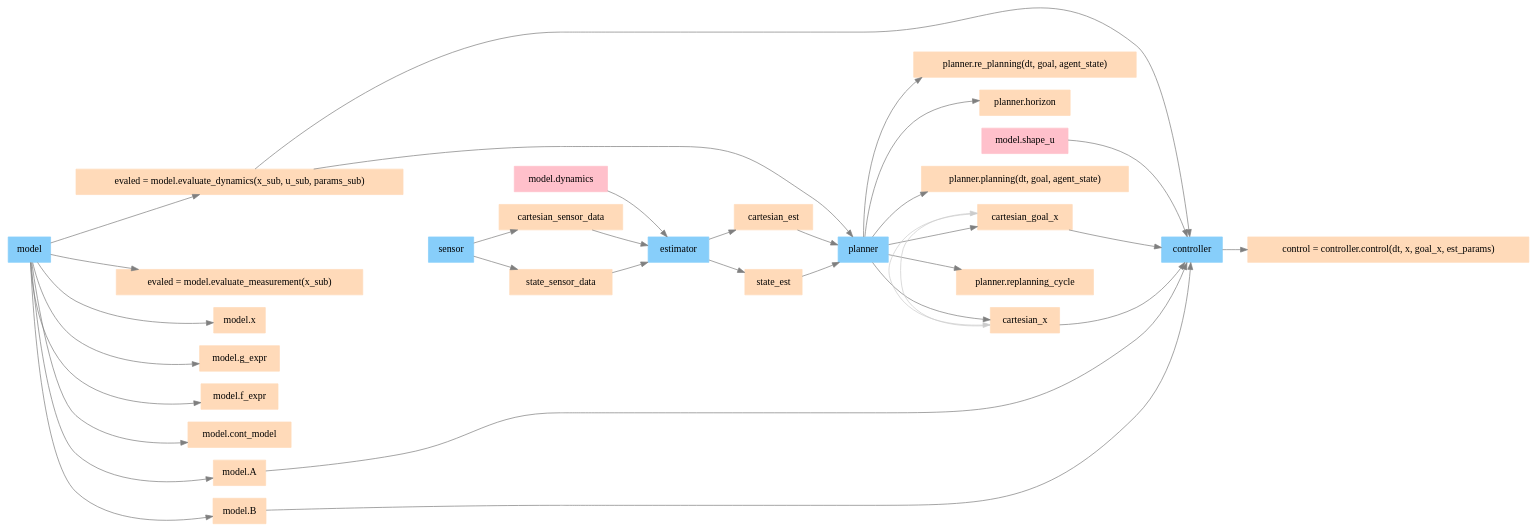
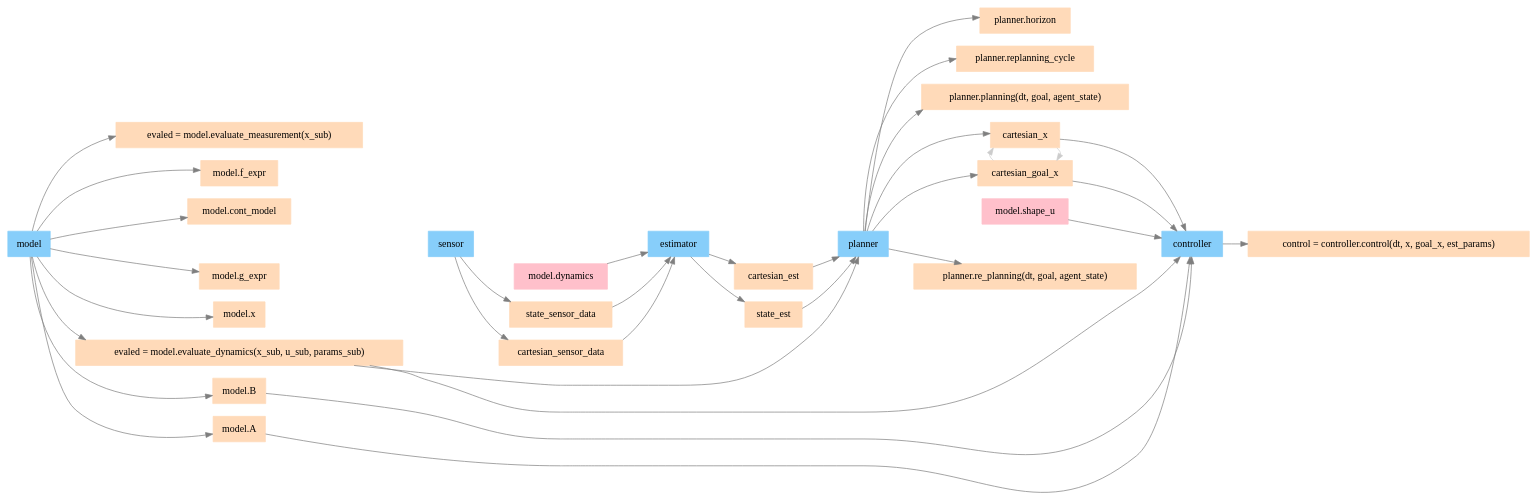
The diagram in img/deps.gv (intelligent-control-lab/Composable_Agent_Toolbox), drawn with Graphviz before and after one commit. The commit also changed other lines of this file and 3 other files, not shown here.

```diff
--- a/img/deps.gv
+++ b/img/deps.gv
@@ -1,120 +1,120 @@
 digraph G {
 	compound=true rankdir=LR
+	estimator [color=lightskyblue fillcolor=lightskyblue shape=box style=filled]
 	model [color=lightskyblue fillcolor=lightskyblue shape=box style=filled]
 	sensor [color=lightskyblue fillcolor=lightskyblue shape=box style=filled]
 	controller [color=lightskyblue fillcolor=lightskyblue shape=box style=filled]
 	planner [color=lightskyblue fillcolor=lightskyblue shape=box style=filled]
-	estimator [color=lightskyblue fillcolor=lightskyblue shape=box style=filled]
+	"model.g_expr" [color=peachpuff fillcolor=peachpuff shape=box style=filled]
+	"model.dynamics" [color=peachpuff fillcolor=peachpuff shape=box style=filled]
+	"planner.re_planning(dt, goal, agent_state)" [color=peachpuff fillcolor=peachpuff shape=box style=filled]
+	"planner.horizon" [color=peachpuff fillcolor=peachpuff shape=box style=filled]
+	"model.x" [color=peachpuff fillcolor=peachpuff shape=box style=filled]
+	"planner.replanning_cycle" [color=peachpuff fillcolor=peachpuff shape=box style=filled]
 	"evaled = model.evaluate_dynamics(x_sub, u_sub, params_sub)" [color=peachpuff fillcolor=peachpuff shape=box style=filled]
+	"control = controller.control(dt, x, goal_x, est_params)" [color=peachpuff fillcolor=peachpuff shape=box style=filled]
+	state_sensor_data [color=peachpuff fillcolor=peachpuff shape=box style=filled]
+	cartesian_est [color=peachpuff fillcolor=peachpuff shape=box style=filled]
+	cartesian_sensor_data [color=peachpuff fillcolor=peachpuff shape=box style=filled]
+	state_est [color=peachpuff fillcolor=peachpuff shape=box style=filled]
+	"model.shape_u" [color=peachpuff fillcolor=peachpuff shape=box style=filled]
 	"evaled = model.evaluate_measurement(x_sub)" [color=peachpuff fillcolor=peachpuff shape=box style=filled]
-	"planner.replanning_cycle" [color=peachpuff fillcolor=peachpuff shape=box style=filled]
-	"model.shape_u" [color=peachpuff fillcolor=peachpuff shape=box style=filled]
-	state_sensor_data [color=peachpuff fillcolor=peachpuff shape=box style=filled]
-	"planner.re_planning(dt, goal, agent_state)" [color=peachpuff fillcolor=peachpuff shape=box style=filled]
-	"model.x" [color=peachpuff fillcolor=peachpuff shape=box style=filled]
-	state_est [color=peachpuff fillcolor=peachpuff shape=box style=filled]
-	"model.g_expr" [color=peachpuff fillcolor=peachpuff shape=box style=filled]
-	"model.A" [color=peachpuff fillcolor=peachpuff shape=box style=filled]
-	"planner.horizon" [color=peachpuff fillcolor=peachpuff shape=box style=filled]
-	"model.f_expr" [color=peachpuff fillcolor=peachpuff shape=box style=filled]
-	cartesian_x [color=peachpuff fillcolor=peachpuff shape=box style=filled]
-	"control = controller.control(dt, x, goal_x, est_params)" [color=peachpuff fillcolor=peachpuff shape=box style=filled]
-	"model.dynamics" [color=peachpuff fillcolor=peachpuff shape=box style=filled]
-	"model.B" [color=peachpuff fillcolor=peachpuff shape=box style=filled]
-	"model.cont_model" [color=peachpuff fillcolor=peachpuff shape=box style=filled]
 	"planner.planning(dt, goal, agent_state)" [color=peachpuff fillcolor=peachpuff shape=box style=filled]
 	cartesian_goal_x [color=peachpuff fillcolor=peachpuff shape=box style=filled]
-	cartesian_sensor_data [color=peachpuff fillcolor=peachpuff shape=box style=filled]
-	cartesian_est [color=peachpuff fillcolor=peachpuff shape=box style=filled]
+	cartesian_x [color=peachpuff fillcolor=peachpuff shape=box style=filled]
+	"model.f_expr" [color=peachpuff fillcolor=peachpuff shape=box style=filled]
+	"model.cont_model" [color=peachpuff fillcolor=peachpuff shape=box style=filled]
+	"model.B" [color=peachpuff fillcolor=peachpuff shape=box style=filled]
+	"model.A" [color=peachpuff fillcolor=peachpuff shape=box style=filled]
+	"model.dynamics" [color=pink fillcolor=pink shape=box style=filled]
 	"model.shape_u" [color=pink fillcolor=pink shape=box style=filled]
-	"model.dynamics" [color=pink fillcolor=pink shape=box style=filled]
 	cartesian_x -> controller [color=gray50]
 	cartesian_goal_x -> controller [color=gray50]
 	"model.shape_u" -> controller [color=gray50]
 	"model.A" -> controller [color=gray50]
 	"model.B" -> controller [color=gray50]
 	"evaled = model.evaluate_dynamics(x_sub, u_sub, params_sub)" -> controller [color=gray50]
 	"evaled = model.evaluate_dynamics(x_sub, u_sub, params_sub)" -> planner [color=gray50]
 	controller -> "control = controller.control(dt, x, goal_x, est_params)" [color=gray50]
 	model -> "model.x" [color=gray50]
 	model -> "model.A" [color=gray50]
 	model -> "model.B" [color=gray50]
 	model -> "model.f_expr" [color=gray50]
 	model -> "model.g_expr" [color=gray50]
 	model -> "model.cont_model" [color=gray50]
 	model -> "evaled = model.evaluate_dynamics(x_sub, u_sub, params_sub)" [color=gray50]
 	model -> "evaled = model.evaluate_measurement(x_sub)" [color=gray50]
 	state_sensor_data -> estimator [color=gray50]
 	cartesian_sensor_data -> estimator [color=gray50]
 	"model.dynamics" -> estimator [color=gray50]
 	estimator -> cartesian_est [color=gray50]
 	estimator -> state_est [color=gray50]
 	sensor -> state_sensor_data [color=gray50]
 	sensor -> cartesian_sensor_data [color=gray50]
 	cartesian_est -> planner [color=gray50]
 	state_est -> planner [color=gray50]
 	planner -> cartesian_x [color=gray50]
 	planner -> cartesian_goal_x [color=gray50]
 	planner -> "planner.horizon" [color=gray50]
 	planner -> "planner.replanning_cycle" [color=gray50]
 	planner -> "planner.planning(dt, goal, agent_state)" [color=gray50]
 	planner -> "planner.re_planning(dt, goal, agent_state)" [color=gray50]
 	cartesian_x -> cartesian_goal_x [color=gray80 weight=100]
 	cartesian_goal_x -> cartesian_x [color=gray80 weight=100]
 	model -> sensor [style=invis weight=1000]
 	sensor -> estimator [style=invis weight=1000]
 	estimator -> planner [style=invis weight=1000]
 	planner -> controller [style=invis weight=1000]
 	"model.x" -> sensor [style=invis]
 	"model.A" -> sensor [style=invis]
 	"model.B" -> sensor [style=invis]
 	"model.f_expr" -> sensor [style=invis]
 	"model.g_expr" -> sensor [style=invis]
 	"model.cont_model" -> sensor [style=invis]
 	"evaled = model.evaluate_dynamics(x_sub, u_sub, params_sub)" -> sensor [style=invis]
 	"evaled = model.evaluate_measurement(x_sub)" -> sensor [style=invis]
 	state_sensor_data -> estimator [style=invis]
 	cartesian_sensor_data -> estimator [style=invis]
 	cartesian_est -> planner [style=invis]
 	state_est -> planner [style=invis]
 	cartesian_x -> controller [style=invis]
 	cartesian_goal_x -> controller [style=invis]
 	"planner.horizon" -> controller [style=invis]
 	"planner.replanning_cycle" -> controller [style=invis]
 	"planner.planning(dt, goal, agent_state)" -> controller [style=invis]
 	"planner.re_planning(dt, goal, agent_state)" -> controller [style=invis]
 	{
 		rank=same
 		"model.x"
 		"model.A"
 		"model.B"
 		"model.f_expr"
 		"model.g_expr"
 		"model.cont_model"
 		"evaled = model.evaluate_dynamics(x_sub, u_sub, params_sub)"
 		"evaled = model.evaluate_measurement(x_sub)"
 	}
 	{
 		rank=same
 		state_sensor_data
 		cartesian_sensor_data
 	}
 	{
 		rank=same
 		cartesian_est
 		state_est
 	}
 	{
 		rank=same
 		cartesian_x
 		cartesian_goal_x
 		"planner.horizon"
 		"planner.replanning_cycle"
 		"planner.planning(dt, goal, agent_state)"
 		"planner.re_planning(dt, goal, agent_state)"
 	}
 	{
 		rank=same
 		"control = controller.control(dt, x, goal_x, est_params)"
 	}
 }
```
